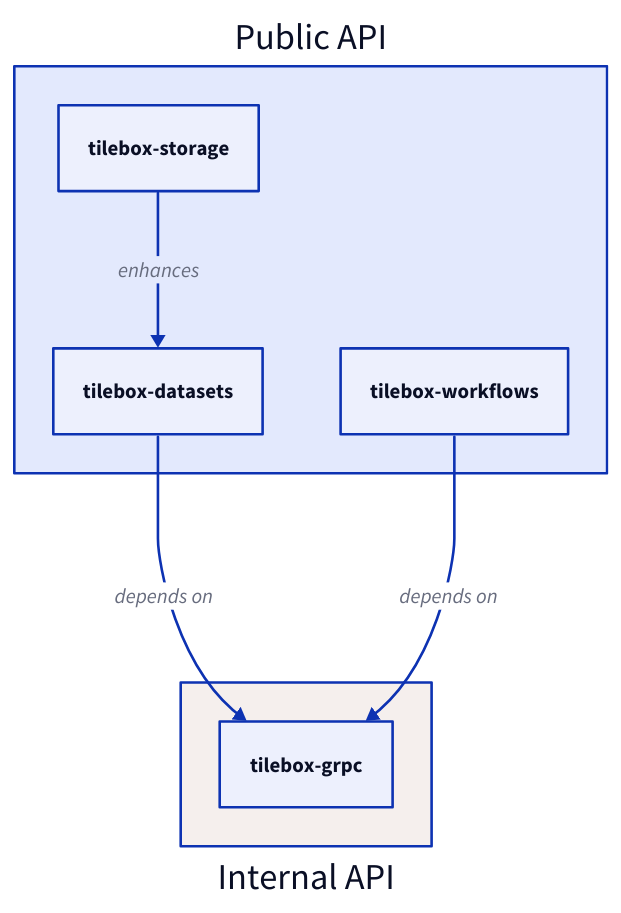
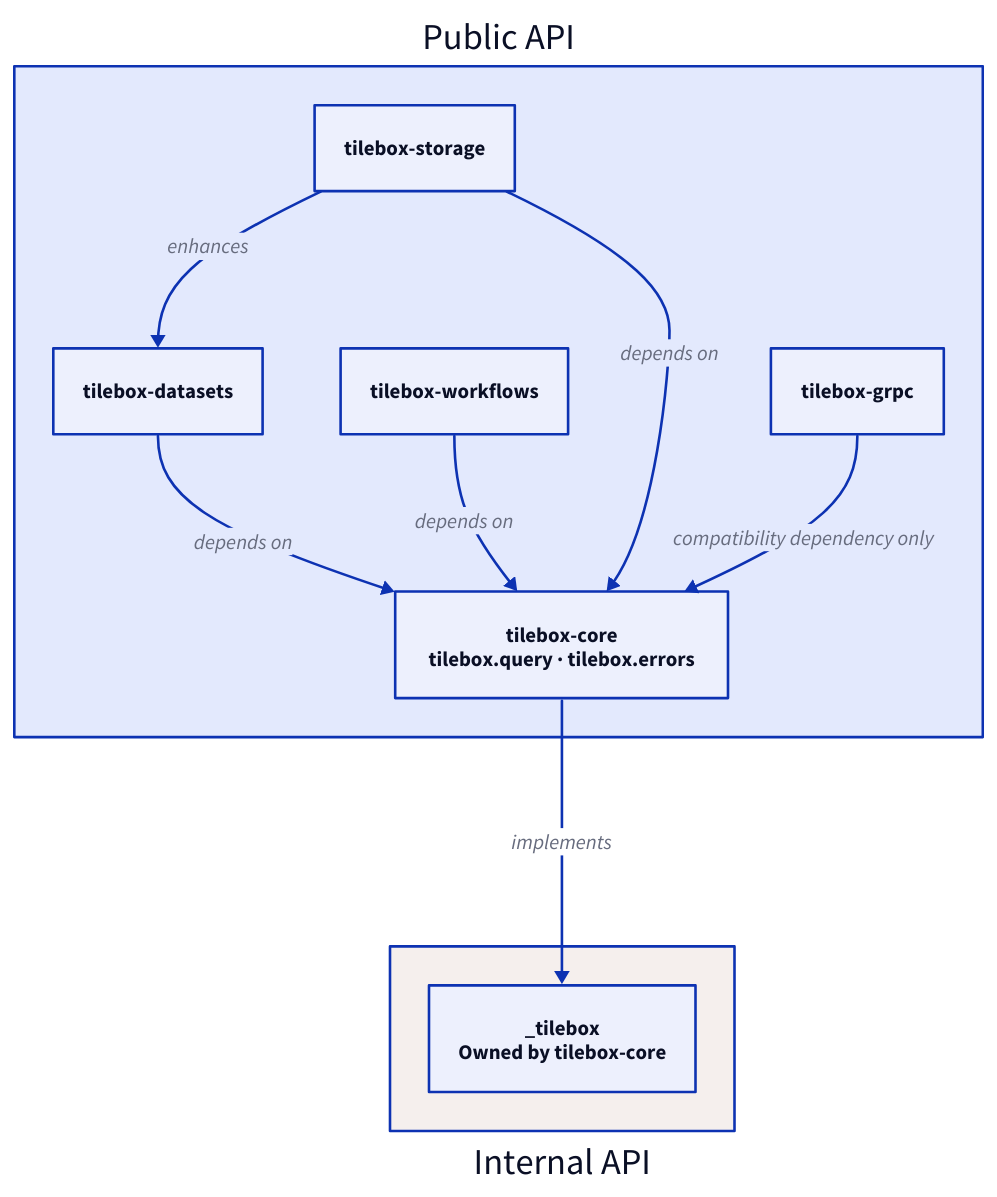
One commit to tilebox/tilebox-python changed the diagram in .docs/packages.d2. Above: the diagram before and after it, drawn with D2. The commit also changed 325 other files, not shown here.

```diff
--- a/.docs/packages.d2
+++ b/.docs/packages.d2
@@ -1,29 +1,49 @@
 # Generate an SVG using:
 # https://play.d2lang.com/
 #
 # Layout Engine: ELK
 # Theme: Shirley temple
 # Sketch: True
 
 public: {
   label: Public API
   label.near: outside-top-center
 }
 
 private: {
   label: Internal API
   label.near: outside-bottom-center
   style.fill: '#F5EFED'
 }
 
-public.tilebox-datasets -> private.tilebox-grpc: {
+public.tilebox-core: {
+  label: tilebox-core\ntilebox.query · tilebox.errors
+}
+
+private._tilebox: {
+  label: _tilebox\nOwned by tilebox-core
+}
+
+public.tilebox-core -> private._tilebox: {
+  label: implements
+}
+
+public.tilebox-datasets -> public.tilebox-core: {
   label: depends on
 }
 
 public.tilebox-storage -> public.tilebox-datasets: {
   label: enhances
 }
 
-public.tilebox-workflows -> private.tilebox-grpc: {
+public.tilebox-workflows -> public.tilebox-core: {
   label: depends on
 }
+
+public.tilebox-storage -> public.tilebox-core: {
+  label: depends on
+}
+
+public.tilebox-grpc -> public.tilebox-core: {
+  label: compatibility dependency only
+}
```
